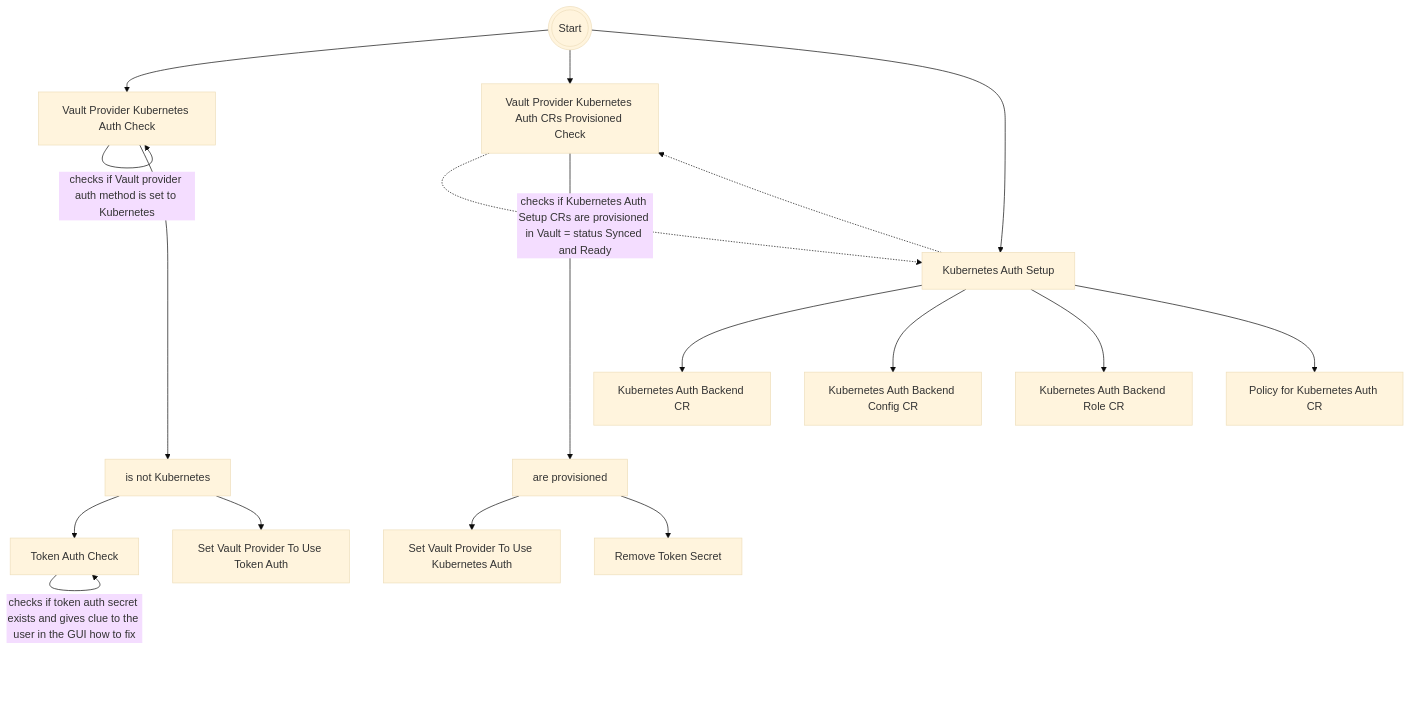
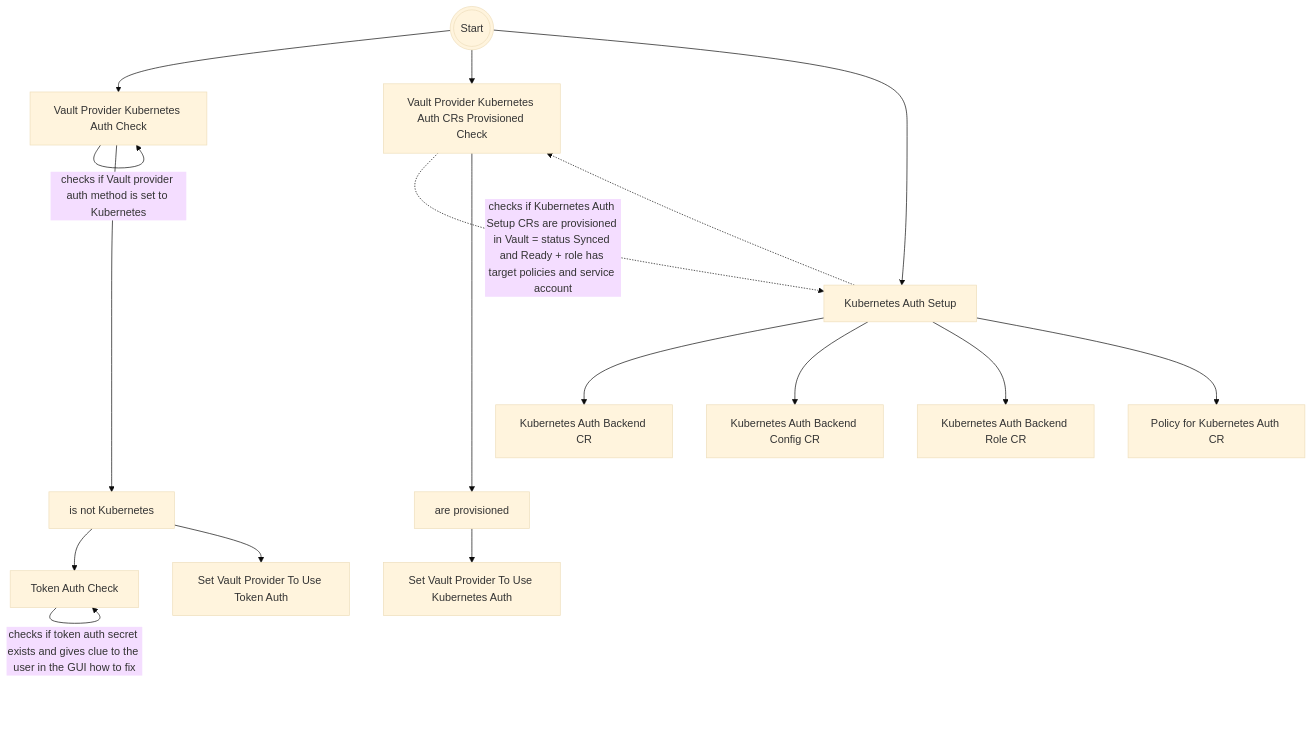
The diagram in charts/crossplane-vault-provider-bootstrap-v2/README.md (gr8it/charts-openshift), drawn with Mermaid (base theme) before and after one commit. The commit also changed other lines of this file and 23 other files, not shown here.

Commit message:
SPEXAPC-26776-crossplane-vault-service-account

````diff
--- a/charts/crossplane-vault-provider-bootstrap-v2/README.md
+++ b/charts/crossplane-vault-provider-bootstrap-v2/README.md
@@ -3,40 +3,38 @@
 ```mermaid
 flowchart TD
     S(((Start)))
     VPTA[Set Vault Provider To Use Token Auth]
     VPKAC[Vault Provider Kubernetes Auth Check]
     VPKACO[is not Kubernetes]
     VPKAPC[Vault Provider Kubernetes Auth CRs Provisioned Check]
     VPKAPCP[are provisioned]
     TAC[Token Auth Check]
-    TR[Remove Token Secret]
     KAS[Kubernetes Auth Setup]
     KAB[Kubernetes Auth Backend CR]
     KABC[Kubernetes Auth Backend Config CR]
     KABR[Kubernetes Auth Backend Role CR]
     PKA[Policy for Kubernetes Auth CR]
     VPKA[Set Vault Provider To Use Kubernetes Auth]
     
     S --> VPKAC
     S --> VPKAPC
     S --> KAS
 
     VPKAC -- checks if Vault provider auth method is set to Kubernetes --> VPKAC
-    VPKAPC -.->|checks if Kubernetes Auth Setup CRs are provisioned in Vault = status Synced and Ready| KAS
+    VPKAPC -.->|checks if Kubernetes Auth Setup CRs are provisioned in Vault = status Synced and Ready + role has target policies and service account| KAS
     KAS -.->VPKAPC
     TAC -- checks if token auth secret exists and gives clue to the user in the GUI how to fix --> TAC
 
     VPKAC ----> VPKACO
     VPKACO --> TAC
     VPKACO --> VPTA
 
 
     KAS --> KAB
     KAS --> KABC
     KAS --> KABR
     KAS --> PKA
     
     VPKAPC ----> VPKAPCP
     VPKAPCP --> VPKA
-    VPKAPCP --> TR
 ```
````
